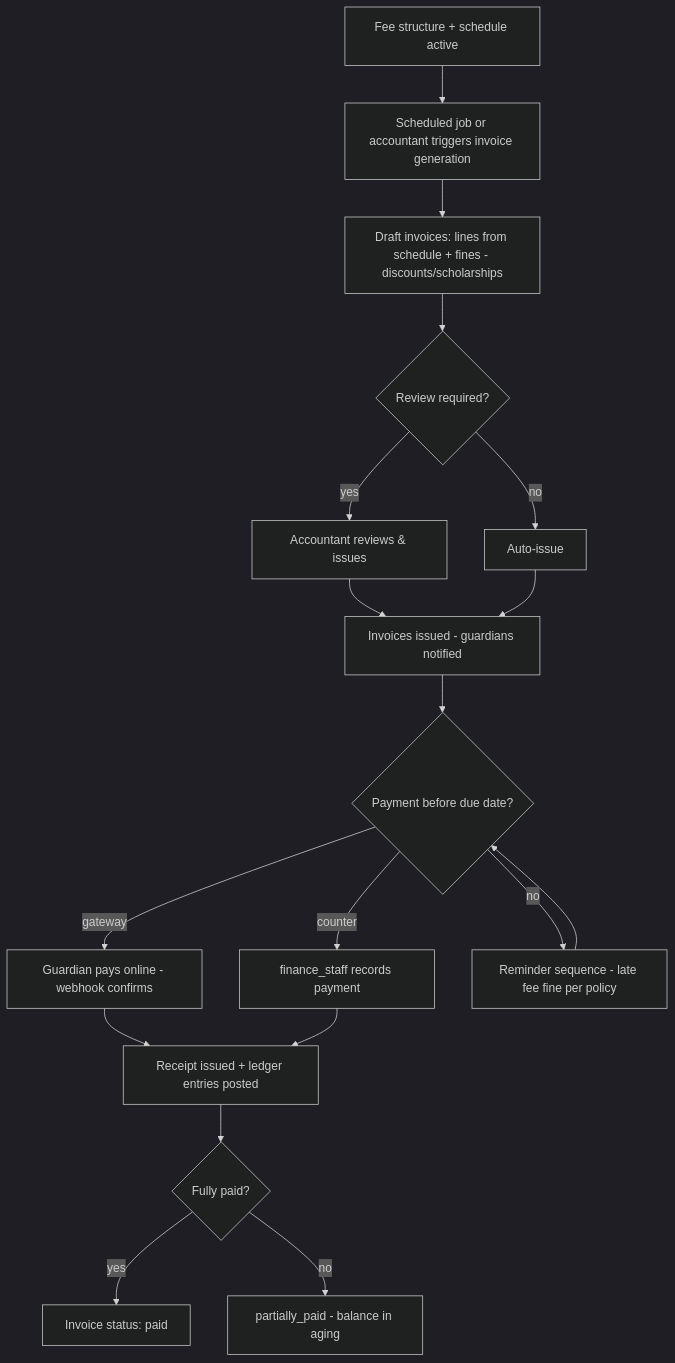
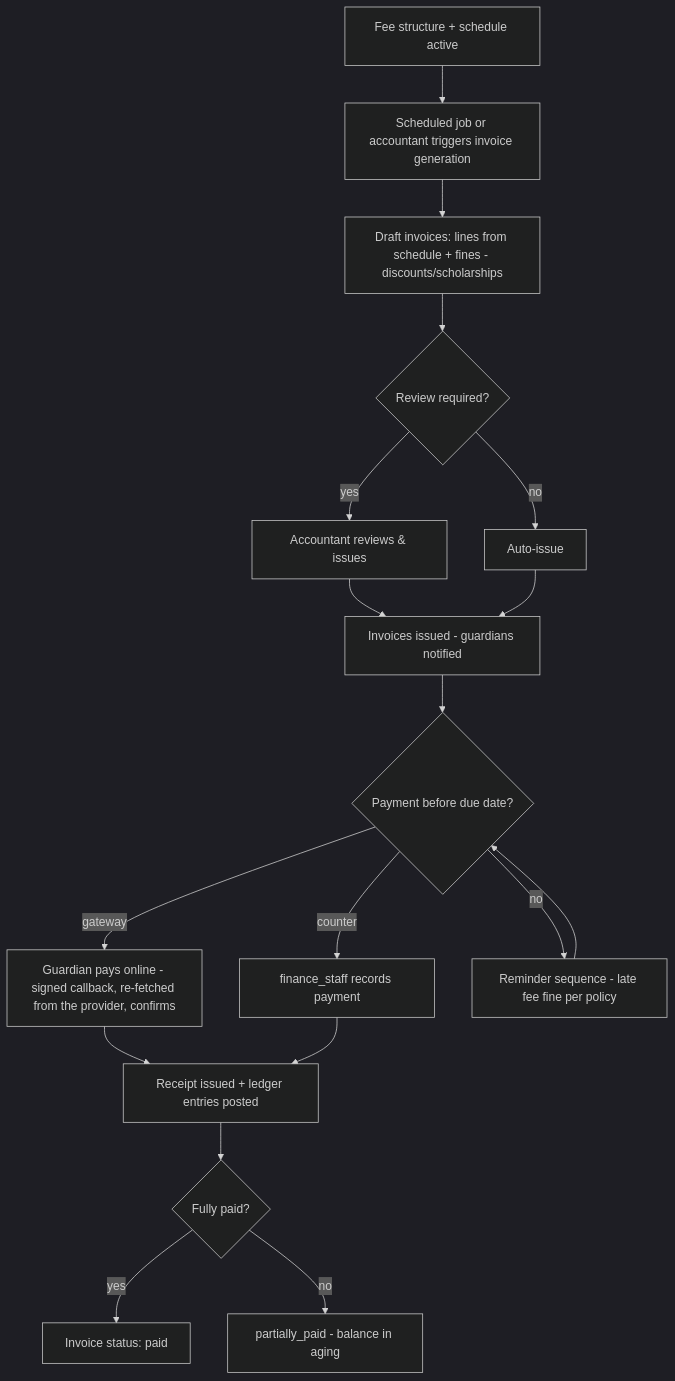
The first of 4 diagrams in docs/03-modules/fees-finance.md (sameer-sultan41/schoolhub), drawn with Mermaid (dark theme) before and after one commit. The commit also changed other lines of this file and 9 other files, not shown here.

````diff
--- a/docs/03-modules/fees-finance.md
+++ b/docs/03-modules/fees-finance.md
@@ -114,20 +114,20 @@
 ```mermaid
 flowchart TD
     A[Fee structure + schedule active] --> B[Scheduled job or accountant triggers invoice generation]
     B --> C[Draft invoices: lines from schedule + fines - discounts/scholarships]
     C --> D{Review required?}
     D -- yes --> E[Accountant reviews & issues]
     D -- no --> F[Auto-issue]
     E --> G[Invoices issued - guardians notified]
     F --> G
     G --> H{Payment before due date?}
-    H -- gateway --> I[Guardian pays online - webhook confirms]
+    H -- gateway --> I[Guardian pays online - signed callback, re-fetched from the provider, confirms]
     H -- counter --> J[finance_staff records payment]
     H -- no --> K[Reminder sequence - late fee fine per policy]
     I --> L[Receipt issued + ledger entries posted]
     J --> L
     K --> H
     L --> M{Fully paid?}
     M -- yes --> N[Invoice status: paid]
     M -- no --> O[partially_paid - balance in aging]
 ```
````
